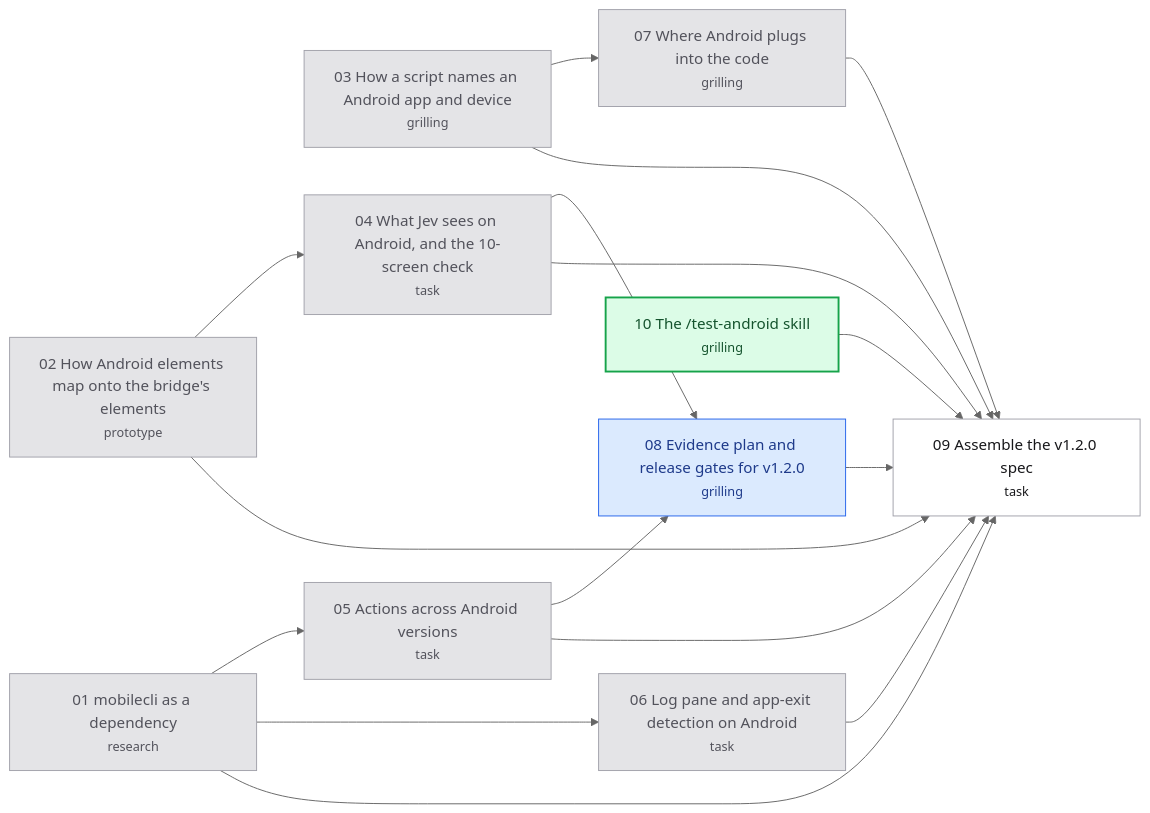
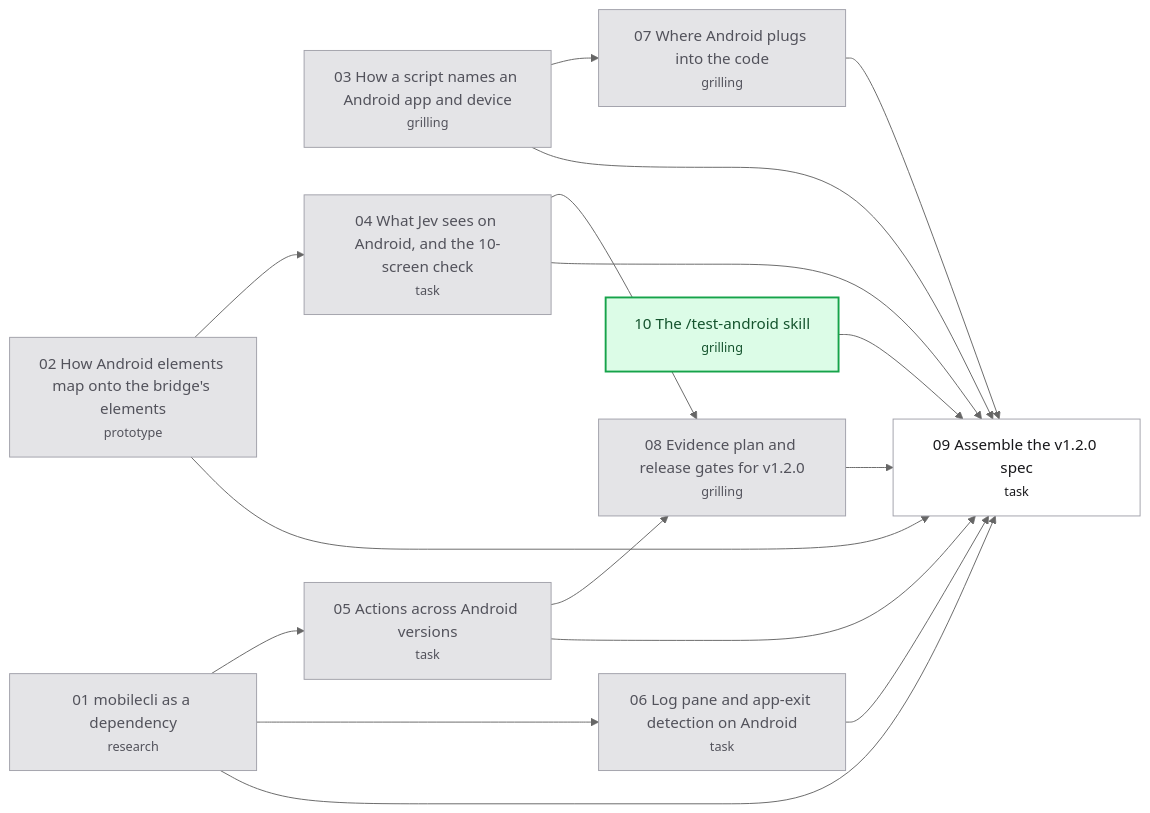
The diagram in .scratch/android-support/map.md (hugues-vnsgn/jev-ios-bridge), drawn with Mermaid (neutral theme) before and after one commit. The commit also changed other lines of this file and 1 other file, not shown here.

Commit message:
wayfinder: resolve "Evidence plan and release gates for v1.2.0"

````diff
--- a/.scratch/android-support/map.md
+++ b/.scratch/android-support/map.md
@@ -48,36 +49,35 @@
 ```mermaid
 flowchart LR
     T01["01 mobilecli as a dependency<br/><small>research</small>"]
     T02["02 How Android elements map onto the bridge's elements<br/><small>prototype</small>"]
     T03["03 How a script names an Android app and device<br/><small>grilling</small>"]
     T04["04 What Jev sees on Android, and the 10-screen check<br/><small>task</small>"]
     T05["05 Actions across Android versions<br/><small>task</small>"]
     T06["06 Log pane and app-exit detection on Android<br/><small>task</small>"]
     T07["07 Where Android plugs into the code<br/><small>grilling</small>"]
     T08["08 Evidence plan and release gates for v1.2.0<br/><small>grilling</small>"]
     T09["09 Assemble the v1.2.0 spec<br/><small>task</small>"]
     T10["10 The /test-android skill<br/><small>grilling</small>"]
     T02 --> T04
     T01 --> T05
     T01 --> T06
     T03 --> T07
     T04 --> T08
     T05 --> T08
     T01 --> T09
     T02 --> T09
     T03 --> T09
     T04 --> T09
     T05 --> T09
     T06 --> T09
     T07 --> T09
     T08 --> T09
     T10 --> T09
     classDef resolved fill:#e4e4e7,stroke:#a1a1aa,color:#52525b
     classDef claimed fill:#dbeafe,stroke:#2563eb,color:#1e3a8a
     classDef frontier fill:#dcfce7,stroke:#16a34a,color:#14532d,stroke-width:2px
     classDef blocked fill:#ffffff,stroke:#a1a1aa,color:#18181b
-    class T01,T02,T03,T04,T05,T06,T07 resolved
-    class T08 claimed
+    class T01,T02,T03,T04,T05,T06,T07,T08 resolved
     class T10 frontier
     class T09 blocked
 ```
````
